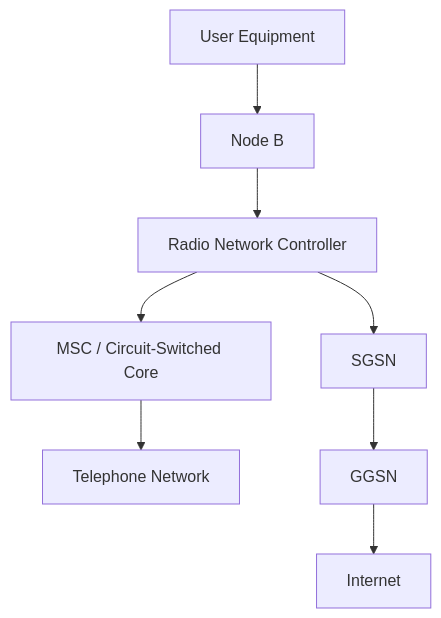
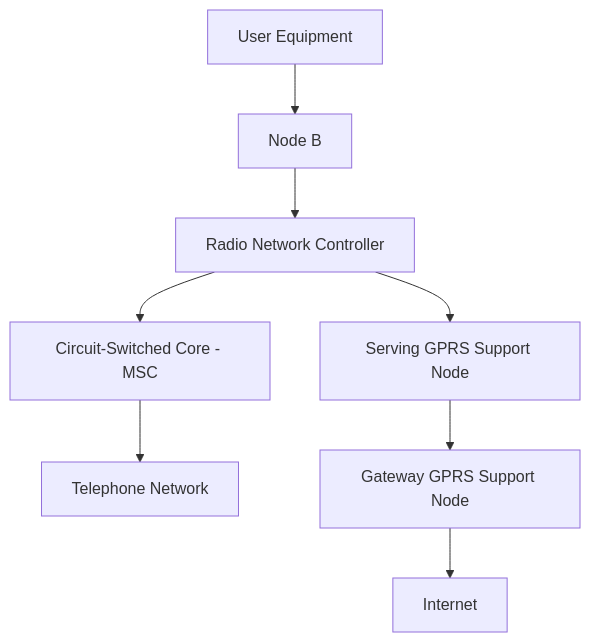
The fifth of 13 diagrams in README-5G-6G-FCAPS.md (julietarubis/mobile-network-generations), drawn with Mermaid before and after one commit. The commit also changed other lines of this file, not shown here.

````diff
--- a/README-5G-6G-FCAPS.md
+++ b/README-5G-6G-FCAPS.md
@@ -122,10 +143,10 @@
 ```mermaid
 flowchart TB
-    UE[User Equipment] --> NB[Node B]
-    NB --> RNC[Radio Network Controller]
-    RNC --> MSC[MSC / Circuit-Switched Core]
-    MSC --> PSTN[Telephone Network]
-    RNC --> SGSN[SGSN]
-    SGSN --> GGSN[GGSN]
-    GGSN --> IP[Internet]
+  UE["User Equipment"] --> NB["Node B"]
+  NB --> RNC["Radio Network Controller"]
+  RNC --> MSC["Circuit-Switched Core - MSC"]
+  MSC --> PSTN["Telephone Network"]
+  RNC --> SGSN["Serving GPRS Support Node"]
+  SGSN --> GGSN["Gateway GPRS Support Node"]
+  GGSN --> IP["Internet"]
 ```
````
